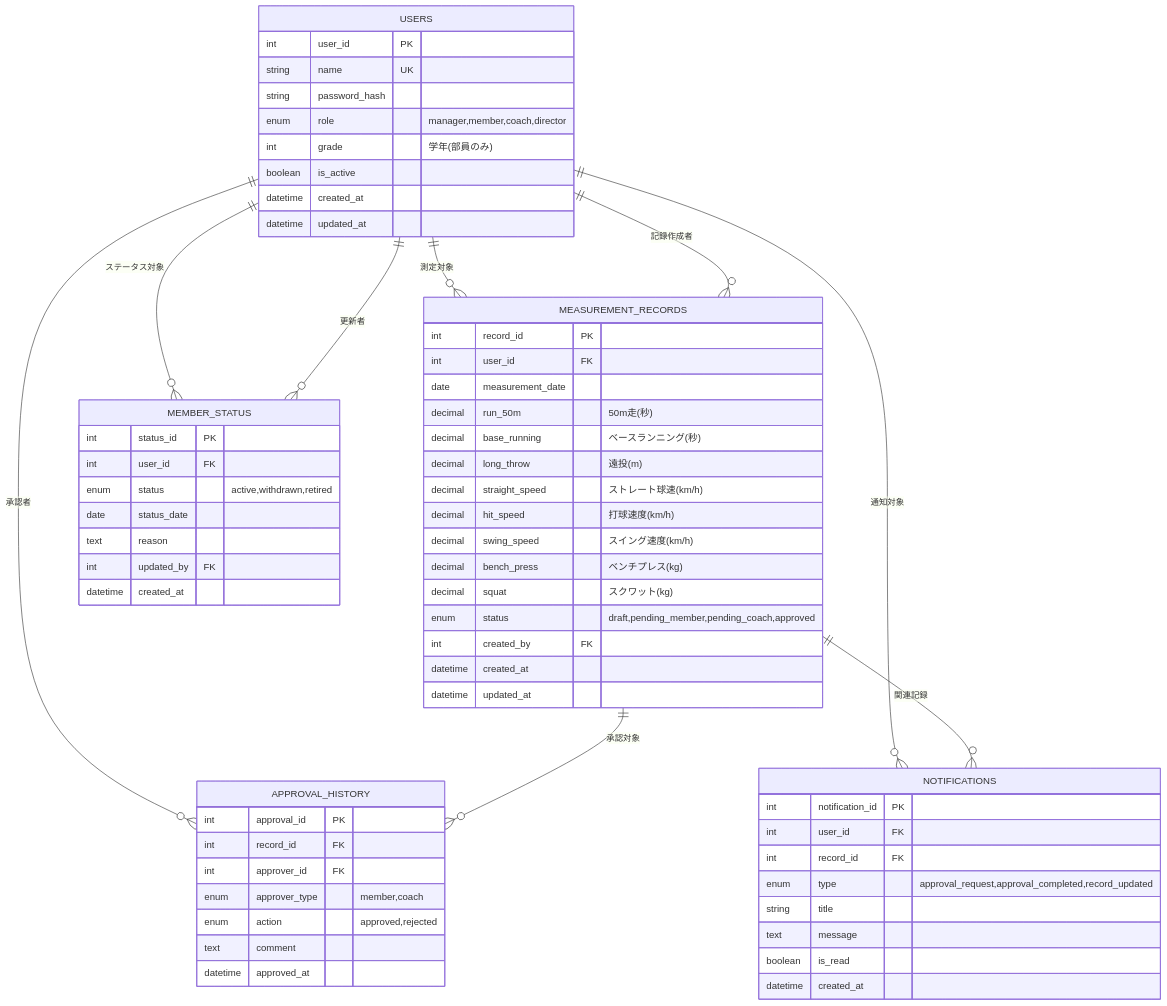
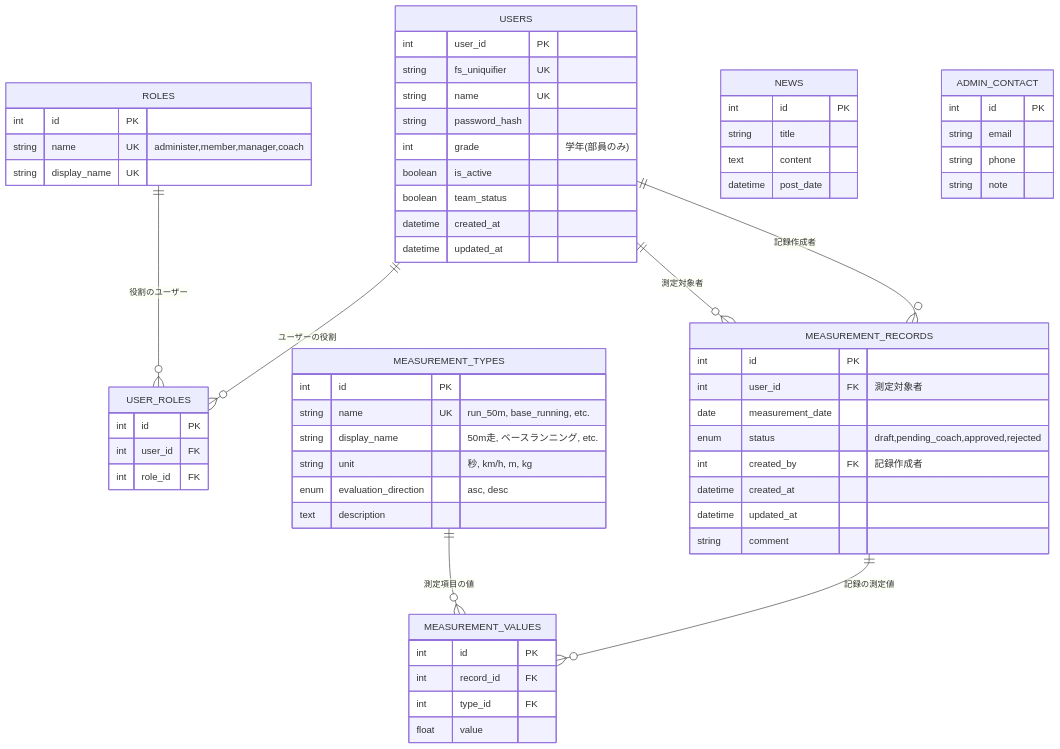
Before and after one commit to cosmos21737/webapp: the diagram in ER.md, drawn with Mermaid. The commit also changed other lines of this file, not shown here.

Commit message:
ER図（ER.md）を現行DBモデルに合わせて更新

````diff
--- a/ER.md
+++ b/ER.md
@@ -1,78 +1,85 @@
 ```mermaid
 erDiagram
+    %% ロール管理
+    ROLES {
+        int id PK
+        string name UK "administer,member,manager,coach"
+        string display_name UK
+    }
+
+    %% ユーザーロールの中間テーブル
+    USER_ROLES {
+        int id PK
+        int user_id FK
+        int role_id FK
+    }
+
     %% ユーザー管理
     USERS {
         int user_id PK
+        string fs_uniquifier UK
         string name UK
         string password_hash
-        enum role "manager,member,coach,director"
         int grade "学年(部員のみ)"
         boolean is_active
+        boolean team_status
         datetime created_at
         datetime updated_at
     }
 
+    %% 測定項目管理
+    MEASUREMENT_TYPES {
+        int id PK
+        string name UK "run_50m, base_running, etc."
+        string display_name "50m走, ベースランニング, etc."
+        string unit "秒, km/h, m, kg"
+        enum evaluation_direction "asc, desc"
+        text description
+    }
+
     %% 測定記録
     MEASUREMENT_RECORDS {
-        int record_id PK
-        int user_id FK
+        int id PK
+        int user_id FK "測定対象者"
         date measurement_date
-        decimal run_50m "50m走(秒)"
-        decimal base_running "ベースランニング(秒)"
-        decimal long_throw "遠投(m)"
-        decimal straight_speed "ストレート球速(km/h)"
-        decimal hit_speed "打球速度(km/h)"
-        decimal swing_speed "スイング速度(km/h)"
-        decimal bench_press "ベンチプレス(kg)"
-        decimal squat "スクワット(kg)"
-        enum status "draft,pending_member,pending_coach,approved"
-        int created_by FK
+        enum status "draft,pending_coach,approved,rejected"
+        int created_by FK "記録作成者"
         datetime created_at
         datetime updated_at
+        string comment
     }
 
-    %% 承認履歴
-    APPROVAL_HISTORY {
-        int approval_id PK
+    %% 測定値
+    MEASUREMENT_VALUES {
+        int id PK
         int record_id FK
-        int approver_id FK
-        enum approver_type "member,coach"
-        enum action "approved,rejected"
-        text comment
-        datetime approved_at
+        int type_id FK
+        float value
     }
 
-    %% 通知
-    NOTIFICATIONS {
-        int notification_id PK
-        int user_id FK
-        int record_id FK
-        enum type "approval_request,approval_completed,record_updated"
+    %% ニュース
+    NEWS {
+        int id PK
         string title
-        text message
-        boolean is_read
-        datetime created_at
+        text content
+        datetime post_date
     }
 
-    %% 部員管理（退部・引退管理）
-    MEMBER_STATUS {
-        int status_id PK
-        int user_id FK
-        enum status "active,withdrawn,retired"
-        date status_date
-        text reason
-        int updated_by FK
-        datetime created_at
+    %% 管理者連絡先
+    ADMIN_CONTACT {
+        int id PK
+        string email
+        string phone
+        string note
     }
 
     %% リレーションシップ
-    USERS ||--o{ MEASUREMENT_RECORDS : "測定対象"
+    USERS ||--o{ USER_ROLES : "ユーザーの役割"
+    ROLES ||--o{ USER_ROLES : "役割のユーザー"
+    
+    USERS ||--o{ MEASUREMENT_RECORDS : "測定対象者"
     USERS ||--o{ MEASUREMENT_RECORDS : "記録作成者"
-    USERS ||--o{ APPROVAL_HISTORY : "承認者"
-    USERS ||--o{ NOTIFICATIONS : "通知対象"
-    USERS ||--o{ MEMBER_STATUS : "ステータス対象"
-    USERS ||--o{ MEMBER_STATUS : "更新者"
     
-    MEASUREMENT_RECORDS ||--o{ APPROVAL_HISTORY : "承認対象"
-    MEASUREMENT_RECORDS ||--o{ NOTIFICATIONS : "関連記録"
+    MEASUREMENT_RECORDS ||--o{ MEASUREMENT_VALUES : "記録の測定値"
+    MEASUREMENT_TYPES ||--o{ MEASUREMENT_VALUES : "測定項目の値"
 ```
````
